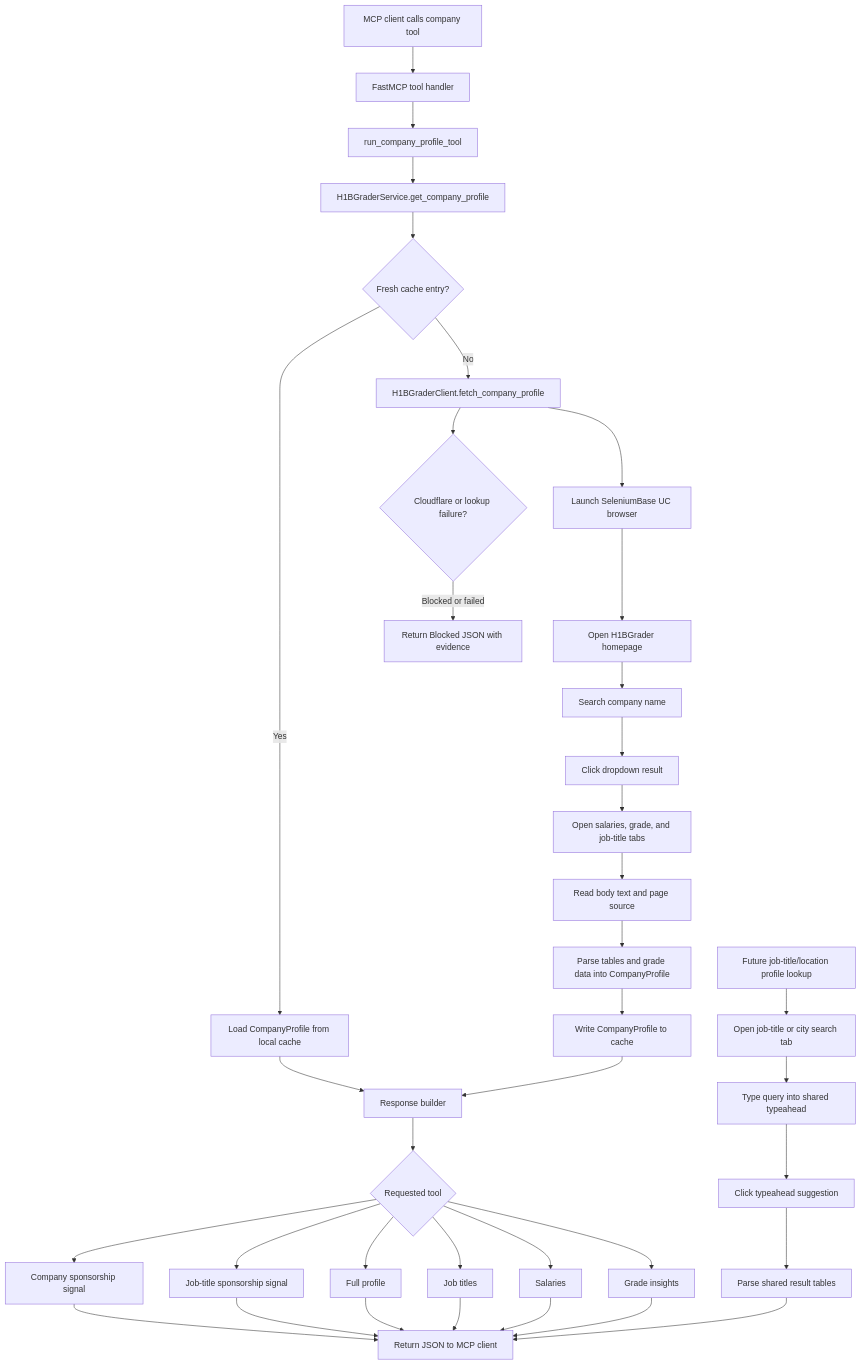
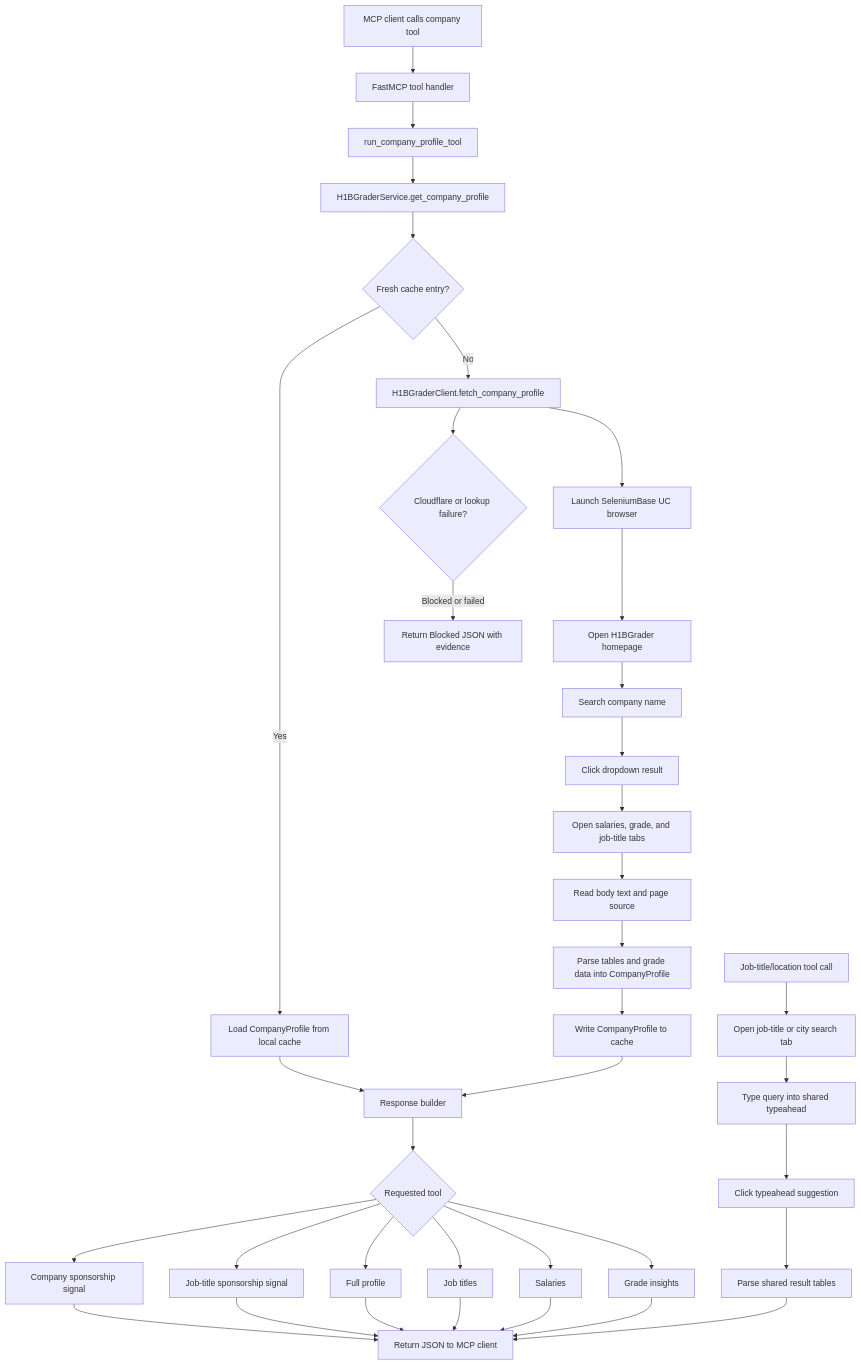
One commit to Blacksuan19/h1b-mcp changed the diagram in README.md. Above: the diagram before and after it, drawn with Mermaid. The commit also changed other lines of this file and 10 other files, not shown here.

First line of the commit message:
feat(tools): add job title and location sponsorship tools

````diff
--- a/README.md
+++ b/README.md
@@ -136,45 +143,45 @@
 ```mermaid
 flowchart TD
     A[MCP client calls company tool] --> B[FastMCP tool handler]
     B --> C[run_company_profile_tool]
     C --> D[H1BGraderService.get_company_profile]
 
     D --> E{Fresh cache entry?}
     E -->|Yes| F[Load CompanyProfile from local cache]
     E -->|No| G[H1BGraderClient.fetch_company_profile]
 
     G --> H[Launch SeleniumBase UC browser]
     H --> I[Open H1BGrader homepage]
     I --> J[Search company name]
     J --> K[Click dropdown result]
     K --> L[Open salaries, grade, and job-title tabs]
     L --> M[Read body text and page source]
     M --> N[Parse tables and grade data into CompanyProfile]
     N --> O[Write CompanyProfile to cache]
 
     F --> P[Response builder]
     O --> P
     P --> Q{Requested tool}
     Q --> R[Company sponsorship signal]
     Q --> S[Job-title sponsorship signal]
     Q --> T[Full profile]
     Q --> U[Job titles]
     Q --> V[Salaries]
     Q --> W[Grade insights]
 
     R --> X[Return JSON to MCP client]
     S --> X
     T --> X
     U --> X
     V --> X
     W --> X
 
     G --> Y{Cloudflare or lookup failure?}
     Y -->|Blocked or failed| Z[Return Blocked JSON with evidence]
 
-    A2[Future job-title/location profile lookup] --> B2[Open job-title or city search tab]
+    A2[Job-title/location tool call] --> B2[Open job-title or city search tab]
     B2 --> C2[Type query into shared typeahead]
     C2 --> D2[Click typeahead suggestion]
     D2 --> E2[Parse shared result tables]
     E2 --> X
 ```
````
